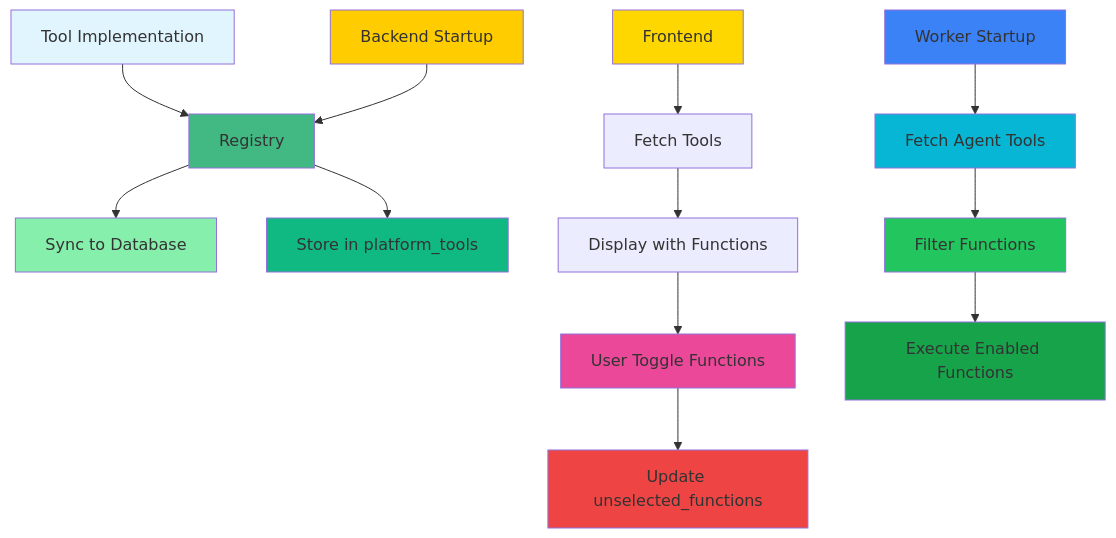
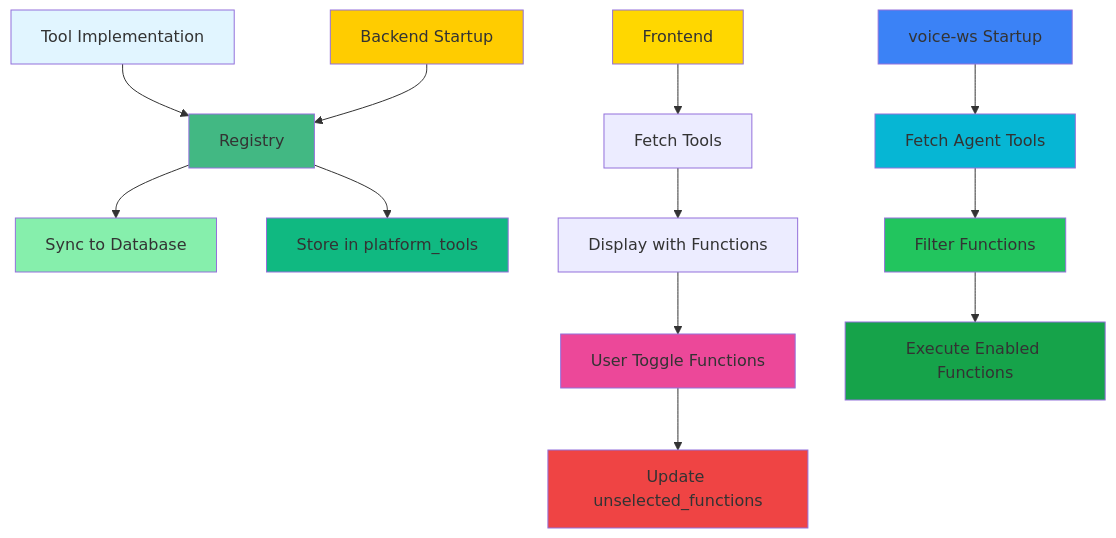
Before and after one commit to gauravdhiman/a1-voice-agent-platform: the sixth of 9 diagrams in docs/01_architecture/system_architecture.md, drawn with Mermaid. The commit also changed other lines of this file and 163 other files, not shown here.

Commit message:
feat(voice): remove LiveKit worker; Pipecat voice-ws is the only voice runtime

````diff
--- a/docs/01_architecture/system_architecture.md
+++ b/docs/01_architecture/system_architecture.md
@@ -502,30 +502,30 @@
 ```mermaid
 flowchart TD
     A[Tool Implementation] --> B[Registry]
     B --> C[Sync to Database]
 
     D[Backend Startup] --> B
     B --> E[Store in platform_tools]
 
     F[Frontend] --> G[Fetch Tools]
     G --> H[Display with Functions]
     H --> I[User Toggle Functions]
     I --> J[Update unselected_functions]
 
-    K[Worker Startup] --> L[Fetch Agent Tools]
+    K[voice-ws Startup] --> L[Fetch Agent Tools]
     L --> M[Filter Functions]
     M --> N[Execute Enabled Functions]
 
     style A fill:#e1f5ff
     style B fill:#42b883
     style C fill:#86efac
     style D fill:#ffcc00
     style E fill:#10b981
     style F fill:#ffd700
     style I fill:#ec4899
     style J fill:#ef4444
     style K fill:#3b82f6
     style L fill:#06b6d4
     style M fill:#22c55e
     style N fill:#16a34a
 ```
````
